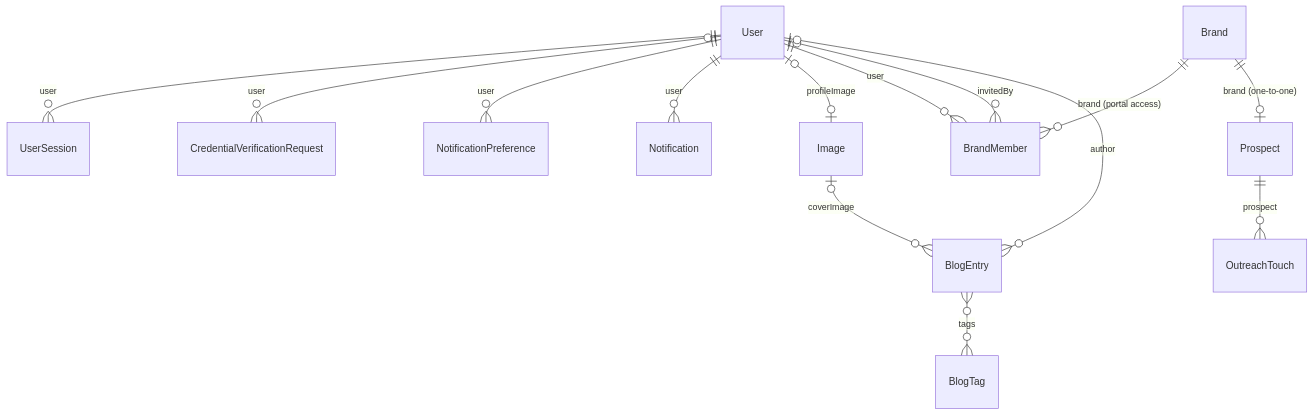
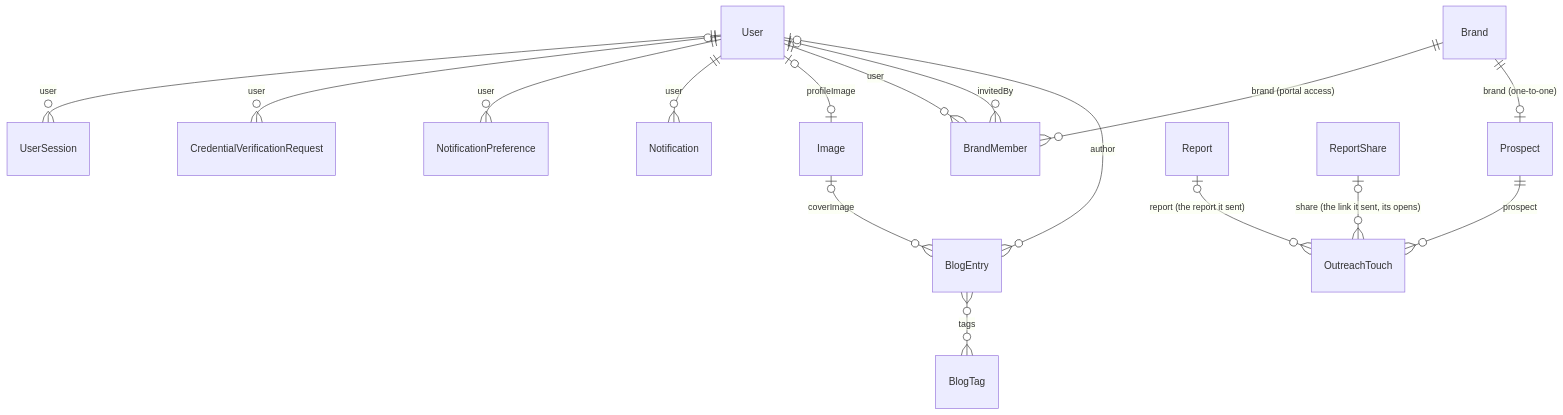
One commit to batuhandirek/culinary-report-monorepo changed the fourth of 4 diagrams in ENTITIES.md. Above: the diagram before and after it, drawn with Mermaid. The commit also changed other lines of this file and 610 other files, not shown here.

````diff
--- a/ENTITIES.md
+++ b/ENTITIES.md
@@ -128,19 +168,21 @@
 ```mermaid
 erDiagram
     User ||--o{ UserSession : "user"
     User |o--o{ CredentialVerificationRequest : "user"
     User ||--o{ NotificationPreference : "user"
     User ||--o{ Notification : "user"
     User |o--o| Image : "profileImage"
 
     User ||--o{ BrandMember : "user"
     Brand ||--o{ BrandMember : "brand (portal access)"
     User |o--o{ BrandMember : "invitedBy"
 
     Brand ||--o| Prospect : "brand (one-to-one)"
     Prospect ||--o{ OutreachTouch : "prospect"
+    Report |o--o{ OutreachTouch : "report (the report it sent)"
+    ReportShare |o--o{ OutreachTouch : "share (the link it sent, its opens)"
 
     User |o--o{ BlogEntry : "author"
     Image |o--o{ BlogEntry : "coverImage"
     BlogEntry }o--o{ BlogTag : "tags"
 ```
````
